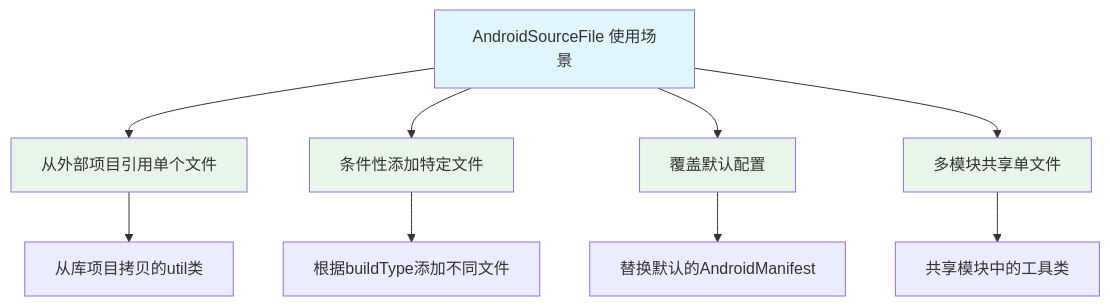
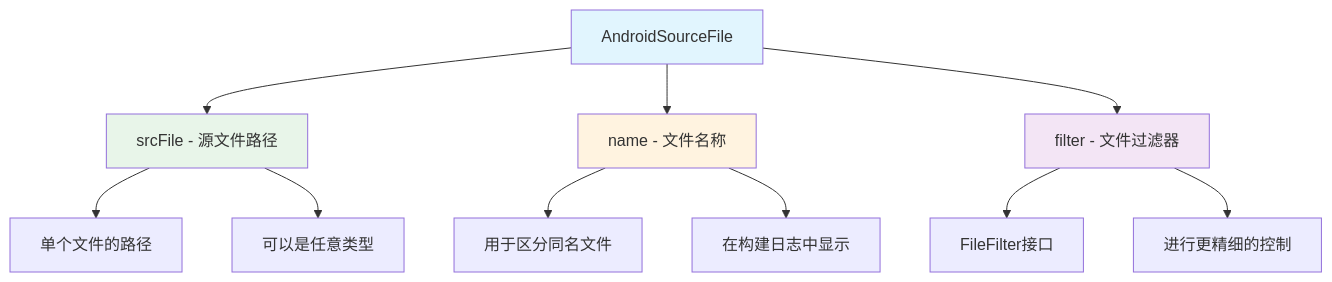
Before and after one commit to Carrie-L/carrie-l.github.io: the first of 3 diagrams in AndroidDeveloperGuideStory/Contents/vol21/21.1.67 Android源文件.md, drawn with Mermaid. The commit also changed other lines of this file, not shown here.

Commit message:
feat(chapter-21.1.67): Add AndroidSourceFile chapter with Gradle DSL configuration

````diff
--- a/AndroidDeveloperGuideStory/Contents/vol21/21.1.67 Android源文件.md
+++ b/AndroidDeveloperGuideStory/Contents/vol21/21.1.67 Android源文件.md
@@ -209,18 +57,20 @@
 ```mermaid
 flowchart TB
-    A[AndroidSourceFile 使用场景] --> B1[从外部项目引用单个文件]
-    A --> B2[条件性添加特定文件]
-    A --> B3[覆盖默认配置]
-    A --> B4[多模块共享单文件]
+    A[AndroidSourceFile] --> B[srcFile - 源文件路径]
+    A --> C[name - 文件名称]
+    A --> D[filter - 文件过滤器]
     
-    B1 --> B1a["从库项目拷贝的util类"]
-    B2 --> B2a["根据buildType添加不同文件"]
-    B3 --> B3a["替换默认的AndroidManifest"]
-    B4 --> B4a["共享模块中的工具类"]
+    B --> B1["单个文件的路径"]
+    B --> B2["可以是任意类型"]
+    
+    C --> C1["用于区分同名文件"]
+    C --> C2["在构建日志中显示"]
+    
+    D --> D1["FileFilter接口"]
+    D --> D2["进行更精细的控制"]
     
     style A fill:#e1f5fe
-    style B1 fill:#e8f5e9
-    style B2 fill:#e8f5e9
-    style B3 fill:#e8f5e9
-    style B4 fill:#e8f5e9
+    style B fill:#e8f5e9
+    style C fill:#fff3e0
+    style D fill:#f3e5f5
 ```
````
